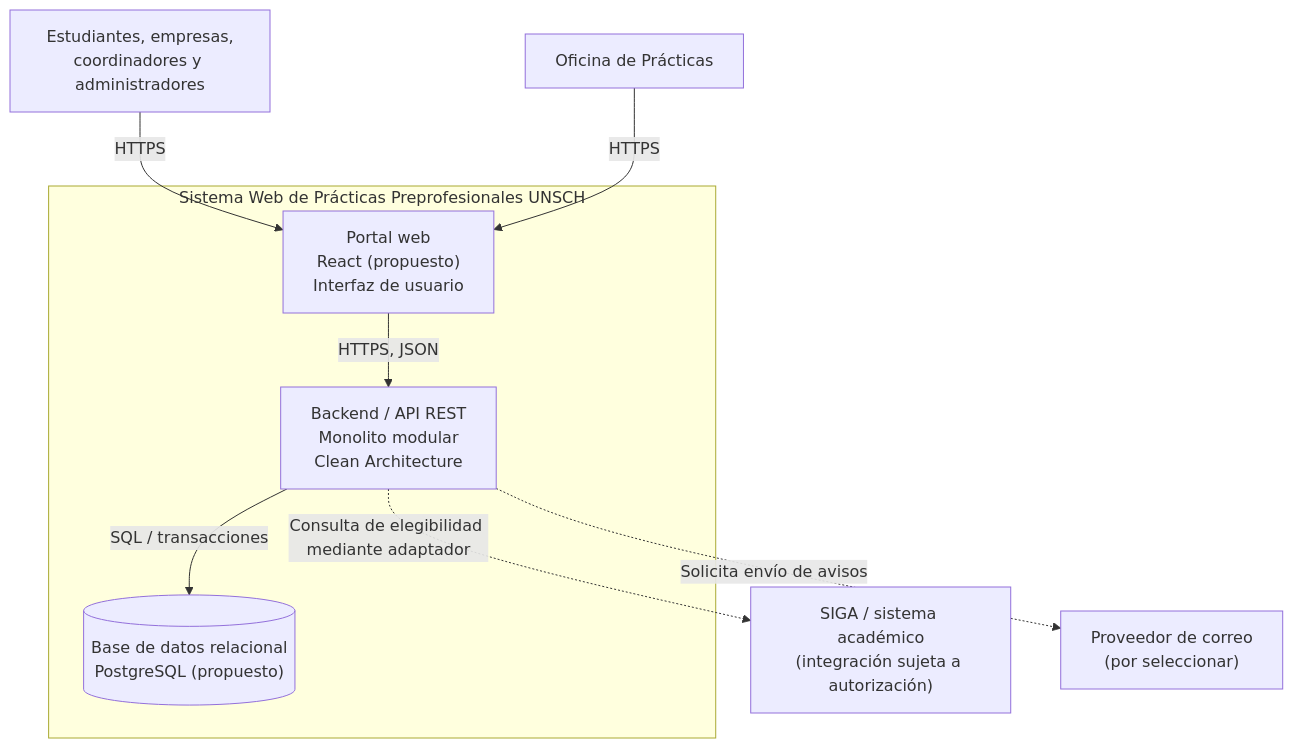
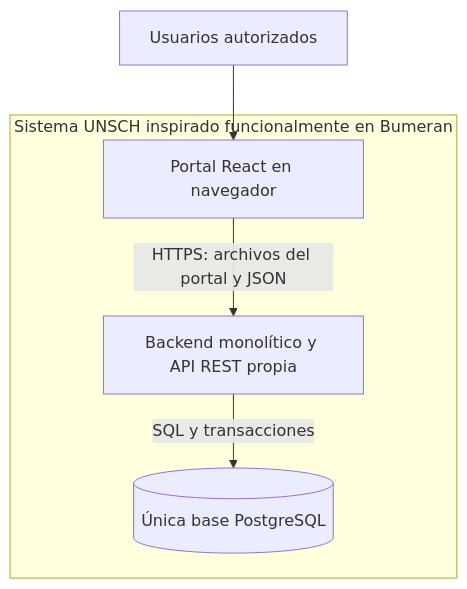
The second of 5 diagrams in docs/02-arquitectura/diagramas-c4/diagramas-c4.md (Jhoncode987/Sistema-de-Gestion-y-Publicacion-Practicas-Preprofesionales), drawn with Mermaid before and after one commit. The commit also changed other lines of this file and 16 other files, not shown here.

````diff
--- a/docs/02-arquitectura/diagramas-c4/diagramas-c4.md
+++ b/docs/02-arquitectura/diagramas-c4/diagramas-c4.md
@@ -60,21 +37,12 @@
-```mermaid
+~~~mermaid
 flowchart TB
-    Users["Estudiantes, empresas,<br/>coordinadores y administradores"]
-    Office["Oficina de Prácticas"]
-
-    subgraph System["Sistema Web de Prácticas Preprofesionales UNSCH"]
-        Web["Portal web<br/>React (propuesto)<br/>Interfaz de usuario"]
-        API["Backend / API REST<br/>Monolito modular<br/>Clean Architecture"]
-        DB[("Base de datos relacional<br/>PostgreSQL (propuesto)")]
+    U["Usuarios autorizados"]
+    subgraph Sistema["Sistema UNSCH inspirado funcionalmente en Bumeran"]
+        Web["Portal React en navegador"]
+        API["Backend monolítico y API REST propia"]
+        DB[("Única base PostgreSQL")]
     end
-
-    SIGA["SIGA / sistema académico<br/>(integración sujeta a autorización)"]
-    Mail["Proveedor de correo<br/>(por seleccionar)"]
-
-    Users -->|"HTTPS"| Web
-    Office -->|"HTTPS"| Web
-    Web -->|"HTTPS, JSON"| API
-    API -->|"SQL / transacciones"| DB
-    API -.->|"Consulta de elegibilidad mediante adaptador"| SIGA
-    API -.->|"Solicita envío de avisos"| Mail
-```
+    U --> Web
+    Web -->|"HTTPS: archivos del portal y JSON"| API
+    API -->|"SQL y transacciones"| DB
+~~~
````
